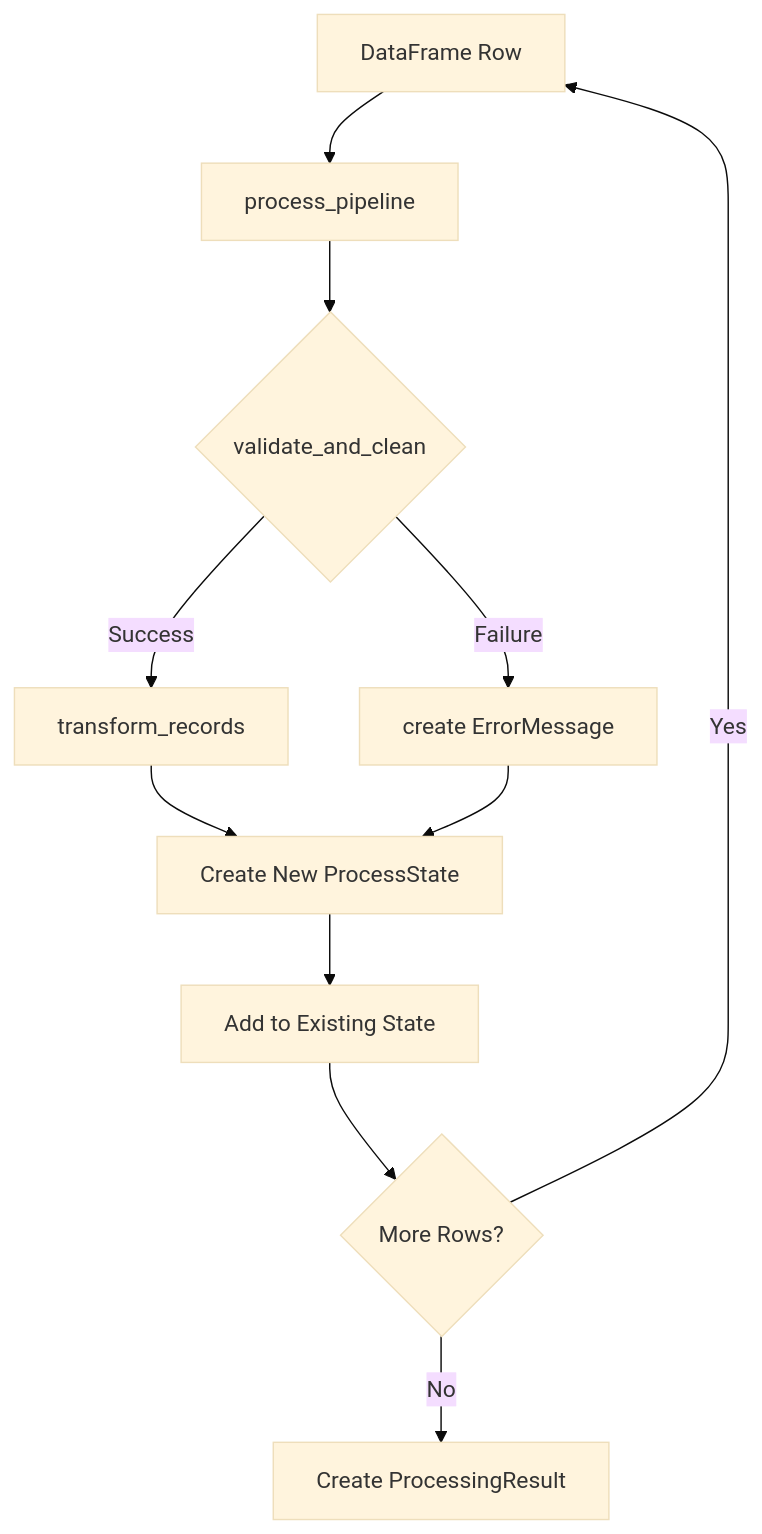
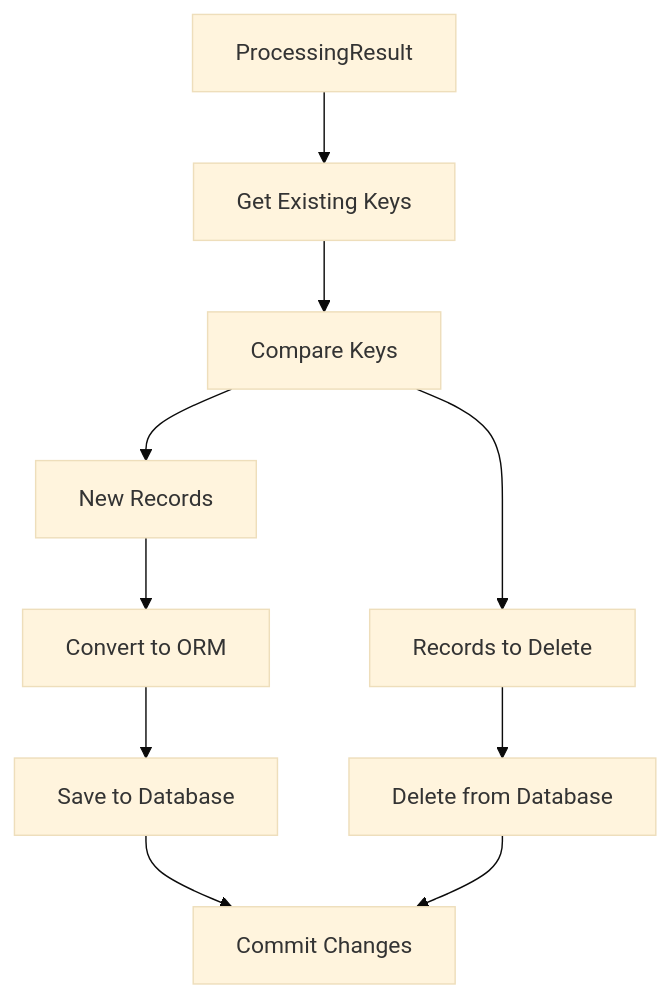
One commit to gurumfj/date-calculator-htmx changed the third of 3 diagrams in docs/breeds_processor_flow.md. Above: the diagram before and after it, drawn with Mermaid (base theme). The commit also changed other lines of this file and 9 other files, not shown here.

First line of the commit message:
Refactor breeds data processing with improved export and synchronization strategy

````diff
--- a/docs/breeds_processor_flow.md
+++ b/docs/breeds_processor_flow.md
@@ -77,16 +73,16 @@
 ```mermaid
 flowchart TD
-    A[DataFrame Row] --> B[process_pipeline]
-    B --> C{validate_and_clean}
+    A[ProcessingResult] --> B[Get Existing Keys]
+    B --> C[Compare Keys]
     
-    C -->|Success| D[transform_records]
-    C -->|Failure| E[create ErrorMessage]
+    C --> D[New Records]
+    C --> E[Records to Delete]
     
-    D --> F[Create New ProcessState]
-    E --> F
+    D --> F[Convert to ORM]
+    F --> G[Save to Database]
     
-    F --> G[Add to Existing State]
-    G --> H{More Rows?}
-    H -->|Yes| A
-    H -->|No| I[Create ProcessingResult]
+    E --> H[Delete from Database]
+    
+    G --> I[Commit Changes]
+    H --> I
 ```
````
